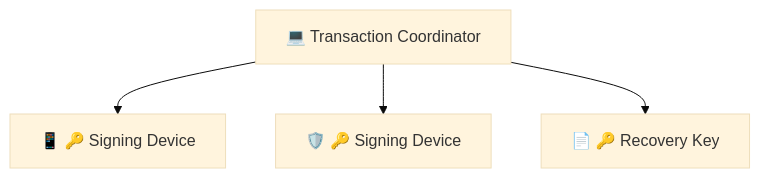
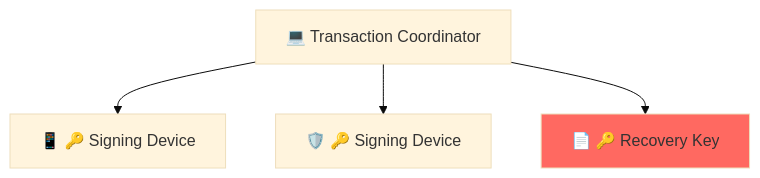
Before and after one commit to BlockchainCommons/SmartCustody: the first of 16 diagrams in Docs/Scenario-Multisig.md, drawn with Mermaid.

````diff
--- a/Docs/Scenario-Multisig.md
+++ b/Docs/Scenario-Multisig.md
@@ -18,11 +18,13 @@
 ```mermaid
 %%{init: {'theme': 'base', 'themeVariables': { 'fontSize': '50'}}}%%
     graph TD;
     A["💻 Transaction Coordinator"]
     B["📱 🔑 Signing Device"]
     C["🛡️ 🔑 Signing Device"]
     D["📄 🔑 Recovery Key"]
     A-->B;
     A-->C;
     A-->D;
+    
+style D fill:#ff6961;
 ```
````
